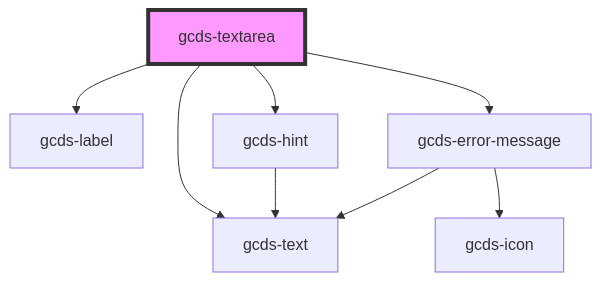
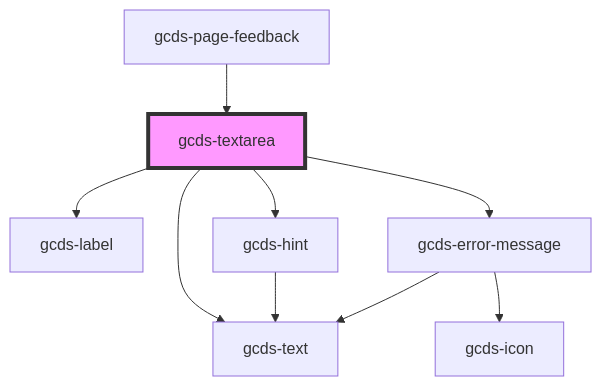
The diagram in packages/web/src/components/gcds-textarea/readme.md (cds-snc/gcds-components), drawn with Mermaid before and after one commit. The commit also changed other lines of this file and 23 other files, not shown here.

Commit message:
feat: gcds-page-feedback - Initial commit

````diff
--- a/packages/web/src/components/gcds-textarea/readme.md
+++ b/packages/web/src/components/gcds-textarea/readme.md
@@ -63,11 +67,12 @@
 ```mermaid
 graph TD;
   gcds-textarea --> gcds-label
   gcds-textarea --> gcds-hint
   gcds-textarea --> gcds-error-message
   gcds-textarea --> gcds-text
   gcds-hint --> gcds-text
   gcds-error-message --> gcds-text
   gcds-error-message --> gcds-icon
+  gcds-page-feedback --> gcds-textarea
   style gcds-textarea fill:#f9f,stroke:#333,stroke-width:4px
 ```
````
